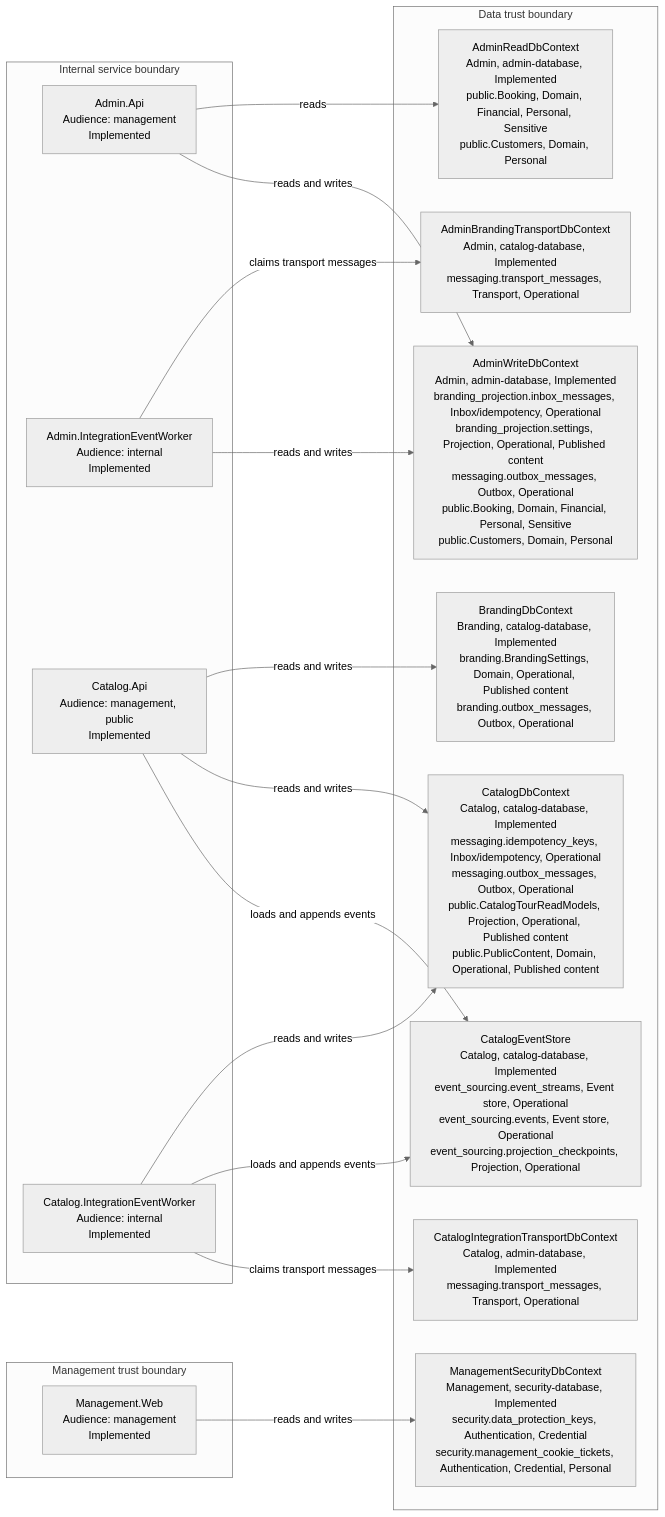
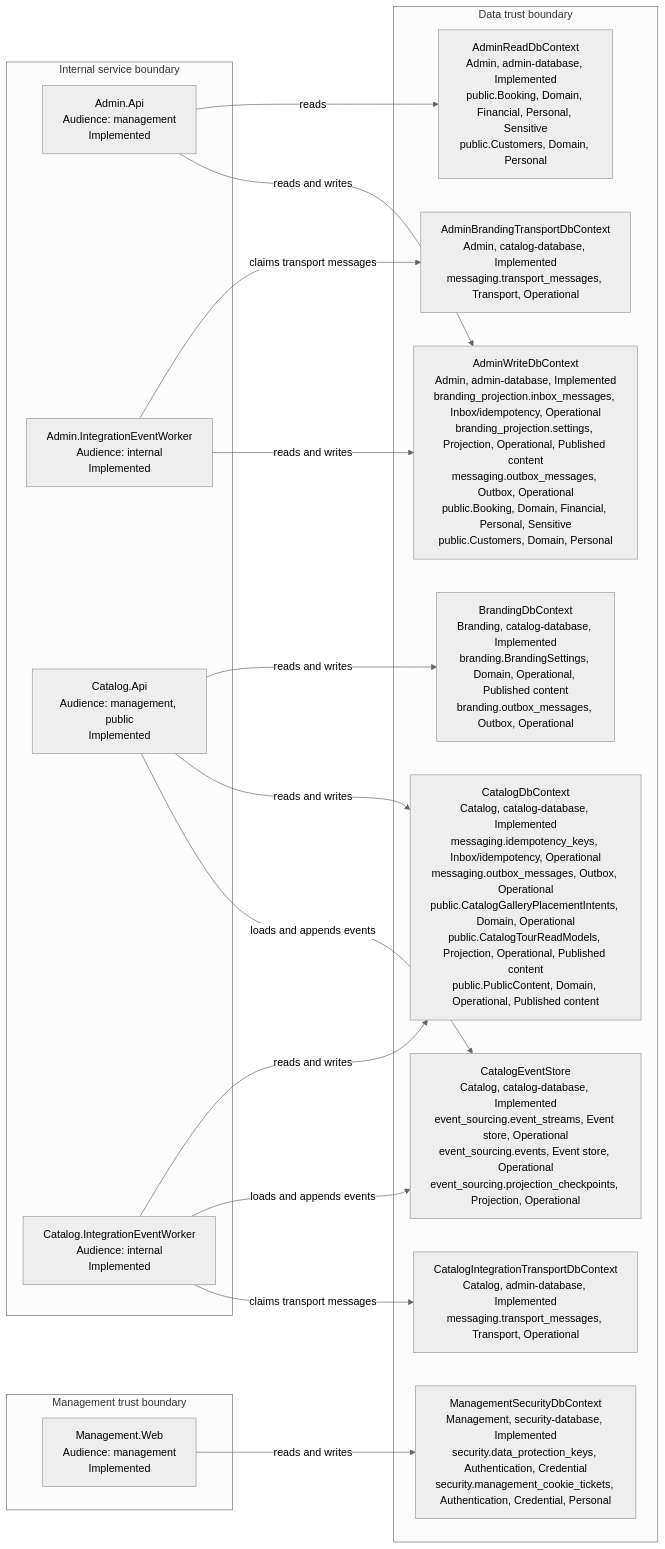
The diagram in docs/architecture/data-ownership.md (danigutsch/ViajantesTurismo), drawn with Mermaid (neutral theme) before and after one commit. The commit also changed 150 other files, not shown here.

First line of the commit message:
feat(catalog): adopt bounded gallery authoring and public albums (#1622)

````diff
--- a/docs/architecture/data-ownership.md
+++ b/docs/architecture/data-ownership.md
@@ -41,33 +41,33 @@
 ```mermaid
 flowchart LR
     subgraph boundary_data["Data trust boundary"]
         AdminBrandingTransportDbContext["AdminBrandingTransportDbContext<br/>Admin, catalog-database, Implemented<br/>messaging.transport_messages, Transport, Operational"]
         AdminReadDbContext["AdminReadDbContext<br/>Admin, admin-database, Implemented<br/>public.Booking, Domain, Financial, Personal, Sensitive<br/>public.Customers, Domain, Personal"]
         AdminWriteDbContext["AdminWriteDbContext<br/>Admin, admin-database, Implemented<br/>branding_projection.inbox_messages, Inbox/idempotency, Operational<br/>branding_projection.settings, Projection, Operational, Published content<br/>messaging.outbox_messages, Outbox, Operational<br/>public.Booking, Domain, Financial, Personal, Sensitive<br/>public.Customers, Domain, Personal"]
         BrandingDbContext["BrandingDbContext<br/>Branding, catalog-database, Implemented<br/>branding.BrandingSettings, Domain, Operational, Published content<br/>branding.outbox_messages, Outbox, Operational"]
-        CatalogDbContext["CatalogDbContext<br/>Catalog, catalog-database, Implemented<br/>messaging.idempotency_keys, Inbox/idempotency, Operational<br/>messaging.outbox_messages, Outbox, Operational<br/>public.CatalogTourReadModels, Projection, Operational, Published content<br/>public.PublicContent, Domain, Operational, Published content"]
+        CatalogDbContext["CatalogDbContext<br/>Catalog, catalog-database, Implemented<br/>messaging.idempotency_keys, Inbox/idempotency, Operational<br/>messaging.outbox_messages, Outbox, Operational<br/>public.CatalogGalleryPlacementIntents, Domain, Operational<br/>public.CatalogTourReadModels, Projection, Operational, Published content<br/>public.PublicContent, Domain, Operational, Published content"]
         CatalogEventStore["CatalogEventStore<br/>Catalog, catalog-database, Implemented<br/>event_sourcing.event_streams, Event store, Operational<br/>event_sourcing.events, Event store, Operational<br/>event_sourcing.projection_checkpoints, Projection, Operational"]
         CatalogIntegrationTransportDbContext["CatalogIntegrationTransportDbContext<br/>Catalog, admin-database, Implemented<br/>messaging.transport_messages, Transport, Operational"]
         ManagementSecurityDbContext["ManagementSecurityDbContext<br/>Management, security-database, Implemented<br/>security.data_protection_keys, Authentication, Credential<br/>security.management_cookie_tickets, Authentication, Credential, Personal"]
     end
     subgraph boundary_internal["Internal service boundary"]
         AdminApi["Admin.Api<br/>Audience: management<br/>Implemented"]
         AdminWorker["Admin.IntegrationEventWorker<br/>Audience: internal<br/>Implemented"]
         CatalogApi["Catalog.Api<br/>Audience: management, public<br/>Implemented"]
         CatalogWorker["Catalog.IntegrationEventWorker<br/>Audience: internal<br/>Implemented"]
     end
     subgraph boundary_management["Management trust boundary"]
         ManagementWeb["Management.Web<br/>Audience: management<br/>Implemented"]
     end
     AdminWorker -->|"claims transport messages"| AdminBrandingTransportDbContext
     AdminApi -->|"reads"| AdminReadDbContext
     AdminApi -->|"reads and writes"| AdminWriteDbContext
     AdminWorker -->|"reads and writes"| AdminWriteDbContext
     CatalogApi -->|"reads and writes"| BrandingDbContext
     CatalogApi -->|"reads and writes"| CatalogDbContext
     CatalogWorker -->|"reads and writes"| CatalogDbContext
     CatalogApi -->|"loads and appends events"| CatalogEventStore
     CatalogWorker -->|"loads and appends events"| CatalogEventStore
     CatalogWorker -->|"claims transport messages"| CatalogIntegrationTransportDbContext
     ManagementWeb -->|"reads and writes"| ManagementSecurityDbContext
 ```
````
